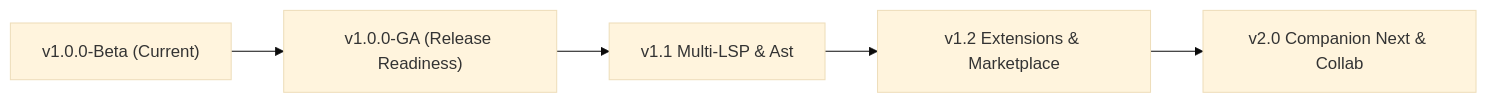
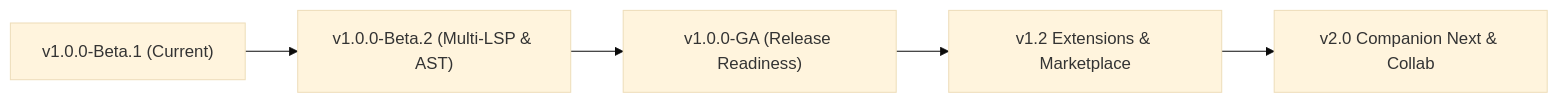
The diagram in ROADMAP.md (aditlab-code/AegisCode), drawn with Mermaid (base theme) before and after one commit. The commit also changed other lines of this file and 53 other files, not shown here.

First line of the commit message:
feat(workspace): expand multi-language LSP, cap index concurrency, and add telemetry stats

````diff
--- a/ROADMAP.md
+++ b/ROADMAP.md
@@ -9,7 +9,7 @@
 ```mermaid
 flowchart LR
-    Beta["v1.0.0-Beta (Current)"] --> GA["v1.0.0-GA (Release Readiness)"]
-    GA --> LSP["v1.1 Multi-LSP & Ast"]
-    LSP --> Ext["v1.2 Extensions & Marketplace"]
+    Beta["v1.0.0-Beta.1 (Current)"] --> LSP["v1.0.0-Beta.2 (Multi-LSP & AST)"]
+    LSP --> GA["v1.0.0-GA (Release Readiness)"]
+    GA --> Ext["v1.2 Extensions & Marketplace"]
     Ext --> Comp["v2.0 Companion Next & Collab"]
 ```
````
